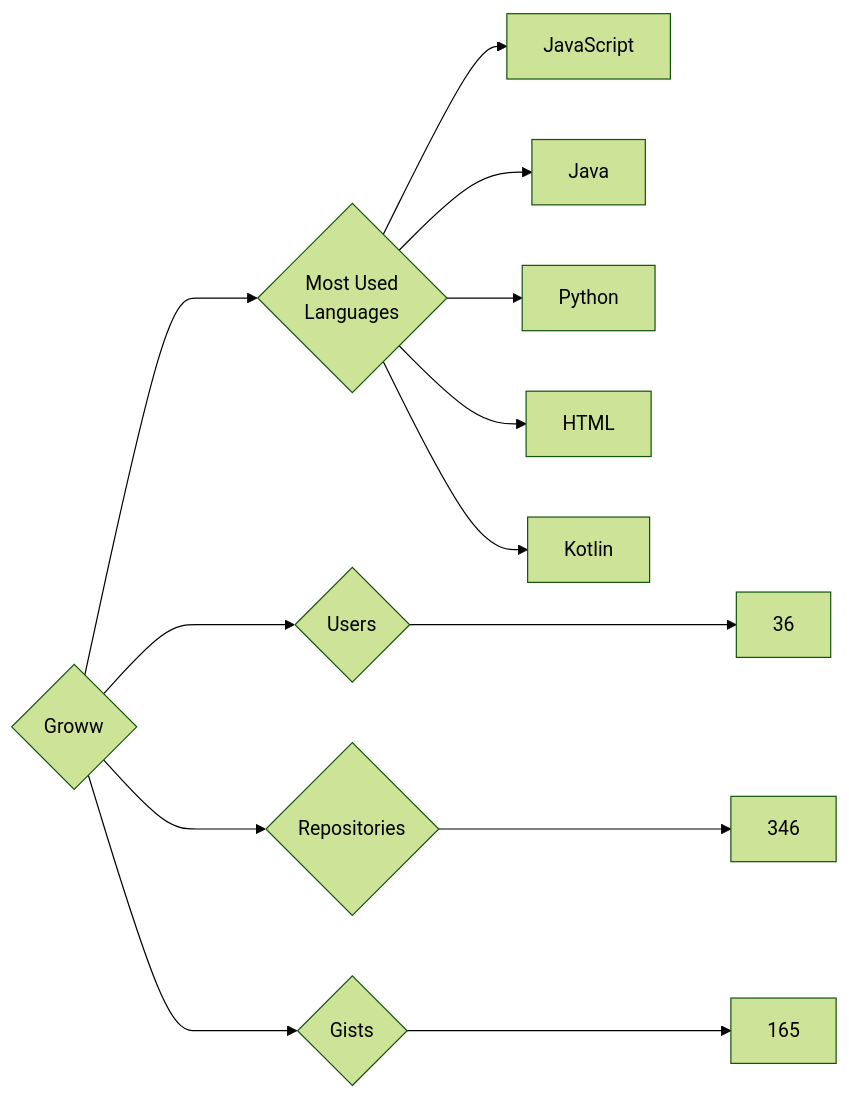
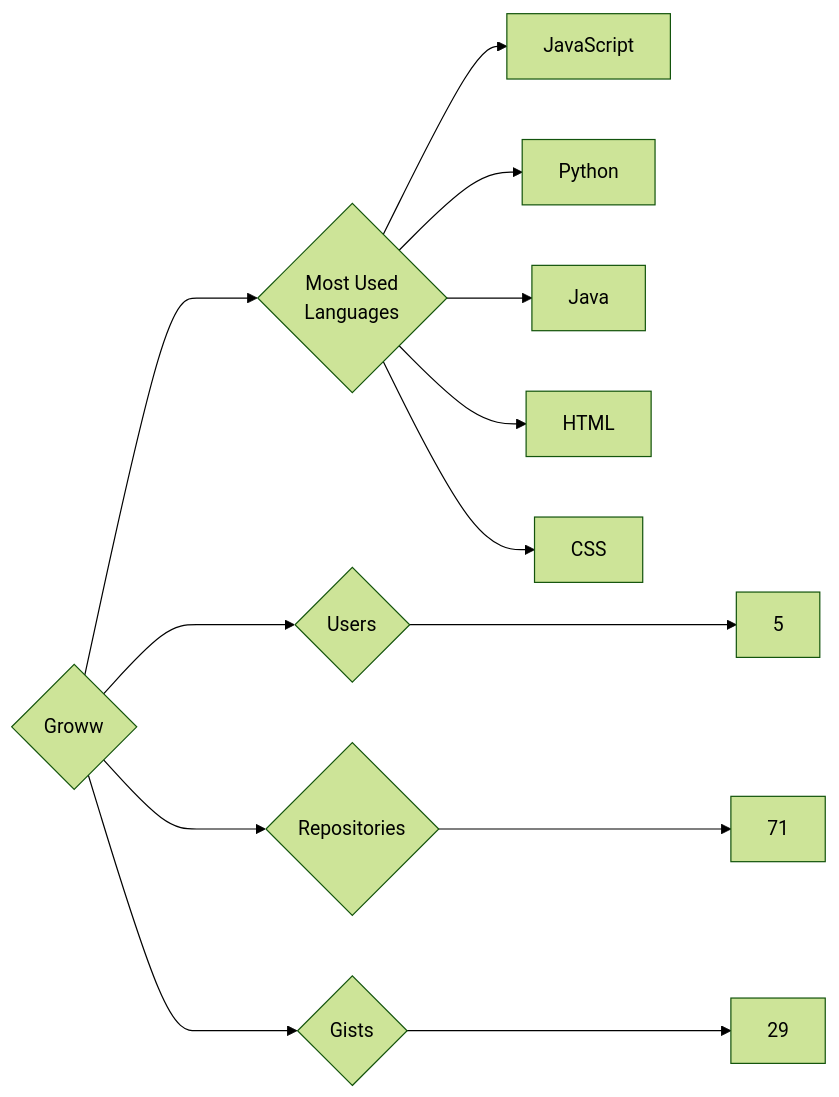
The diagram in targets/Groww/README.md (trickest/insiders), drawn with Mermaid (forest theme) before and after one commit. The commit also changed 748 other files, not shown here.

````diff
--- a/targets/Groww/README.md
+++ b/targets/Groww/README.md
@@ -3,13 +3,13 @@
 ```mermaid
 graph LR
 COMPANY_NAME{Groww}
-COMPANY_NAME ---> U{Users} ---> UN[36]
-COMPANY_NAME ---> R{Repositories} ---> RN[346]
-COMPANY_NAME ---> G{Gists} ---> GN[165]
+COMPANY_NAME ---> U{Users} ---> UN[5]
+COMPANY_NAME ---> R{Repositories} ---> RN[71]
+COMPANY_NAME ---> G{Gists} ---> GN[29]
 COMPANY_NAME ---> ML{Most Used<br>Languages}
 ML --> JavaScript[JavaScript]
+ML --> Python[Python]
 ML --> Java[Java]
-ML --> Python[Python]
 ML --> HTML[HTML]
-ML --> Kotlin[Kotlin]
+ML --> CSS[CSS]
 ```
````
